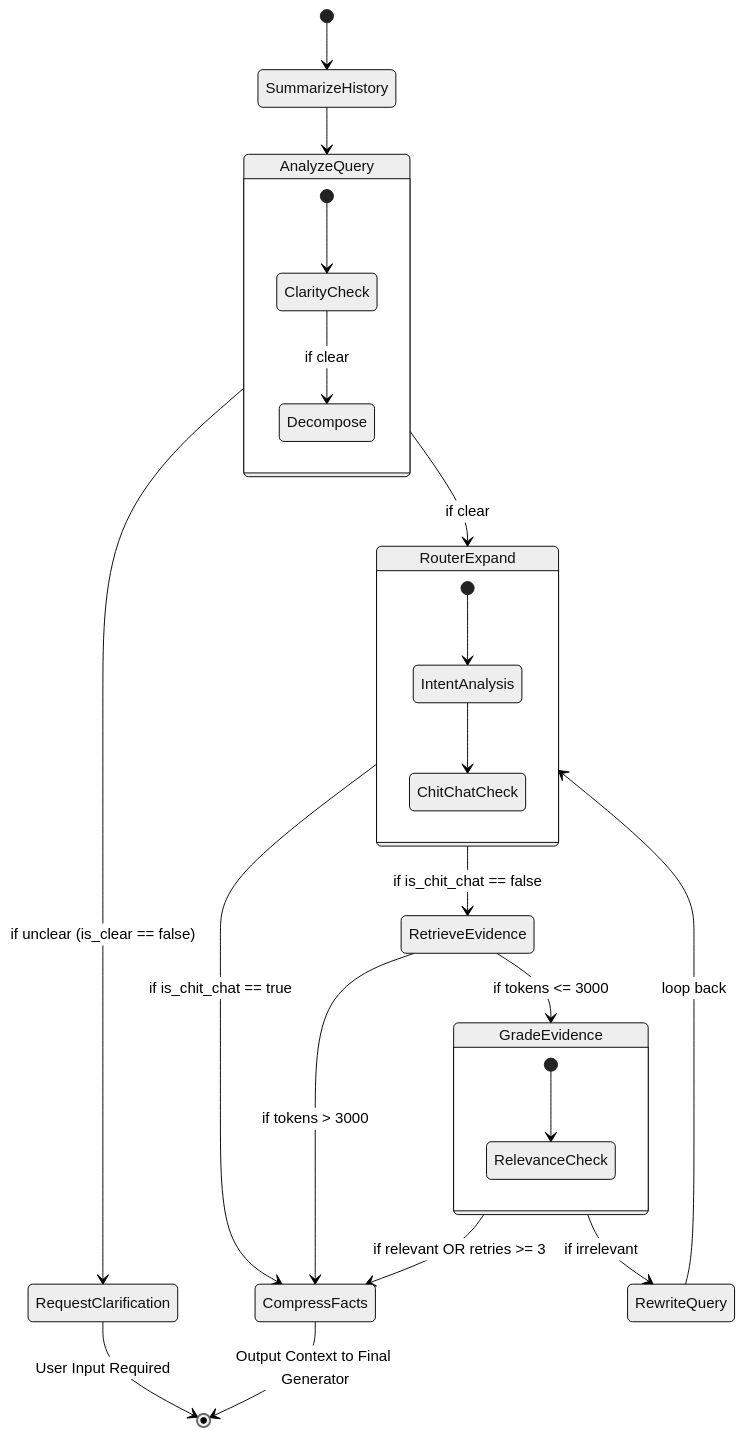
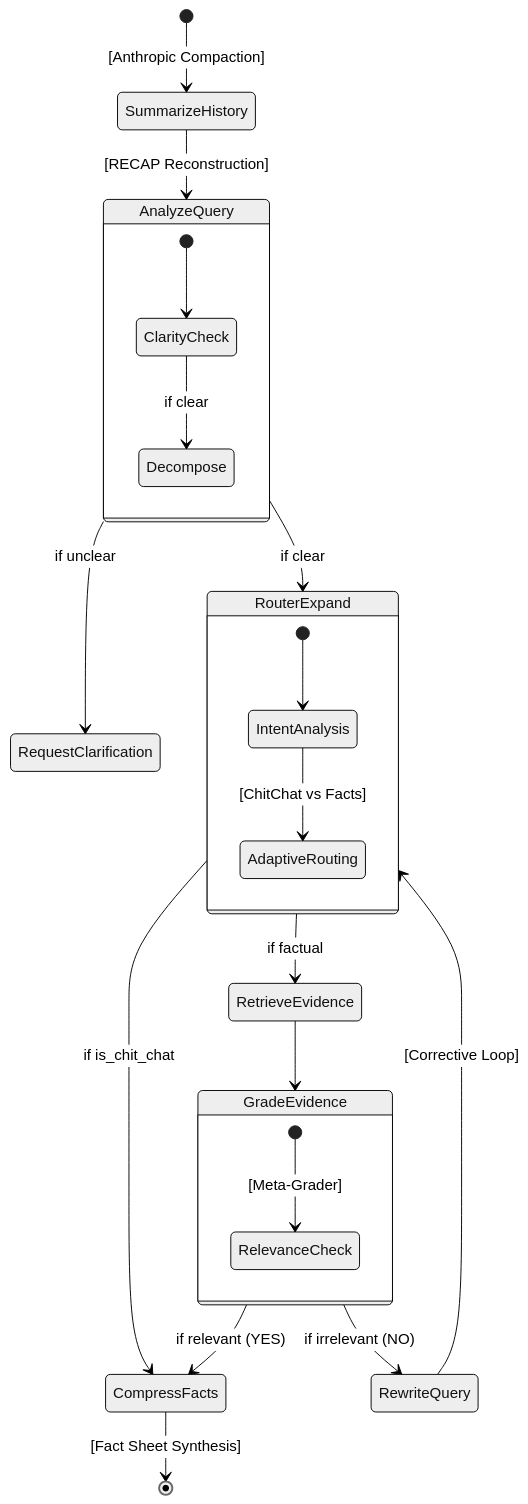
The second of 2 diagrams in docs/ARCHITECTURE.md (DragonL57/vmg_chatbot), drawn with Mermaid (neutral theme) before and after one commit. The commit also changed other lines of this file and 2 other files, not shown here.

Commit message:
refactor: update README and architecture documentation for clarity and alignment with new Agentic RAG taxonomy

````diff
--- a/docs/ARCHITECTURE.md
+++ b/docs/ARCHITECTURE.md
@@ -50,37 +50,35 @@
 ```mermaid
 stateDiagram-v2
-    [*] --> SummarizeHistory
-    SummarizeHistory --> AnalyzeQuery
+    [*] --> SummarizeHistory : [Anthropic Compaction]
+    SummarizeHistory --> AnalyzeQuery : [RECAP Reconstruction]
     
     state AnalyzeQuery {
         [*] --> ClarityCheck
         ClarityCheck --> Decompose : if clear
     }
     
-    AnalyzeQuery --> RequestClarification : if unclear (is_clear == false)
-    RequestClarification --> [*] : User Input Required
+    AnalyzeQuery --> RequestClarification : if unclear
     
     AnalyzeQuery --> RouterExpand : if clear
     
     state RouterExpand {
         [*] --> IntentAnalysis
-        IntentAnalysis --> ChitChatCheck
+        IntentAnalysis --> AdaptiveRouting : [ChitChat vs Facts]
     }
     
-    RouterExpand --> CompressFacts : if is_chit_chat == true
-    RouterExpand --> RetrieveEvidence : if is_chit_chat == false
+    RouterExpand --> CompressFacts : if is_chit_chat
+    RouterExpand --> RetrieveEvidence : if factual
     
-    RetrieveEvidence --> GradeEvidence : if tokens <= 3000
-    RetrieveEvidence --> CompressFacts : if tokens > 3000
+    RetrieveEvidence --> GradeEvidence
     
     state GradeEvidence {
-        [*] --> RelevanceCheck
+        [*] --> RelevanceCheck : [Meta-Grader]
     }
     
-    GradeEvidence --> CompressFacts : if relevant OR retries >= 3
-    GradeEvidence --> RewriteQuery : if irrelevant
+    GradeEvidence --> CompressFacts : if relevant (YES)
+    GradeEvidence --> RewriteQuery : if irrelevant (NO)
     
-    RewriteQuery --> RouterExpand : loop back
+    RewriteQuery --> RouterExpand : [Corrective Loop]
     
-    CompressFacts --> [*] : Output Context to Final Generator
+    CompressFacts --> [*] : [Fact Sheet Synthesis]
 ```
````
